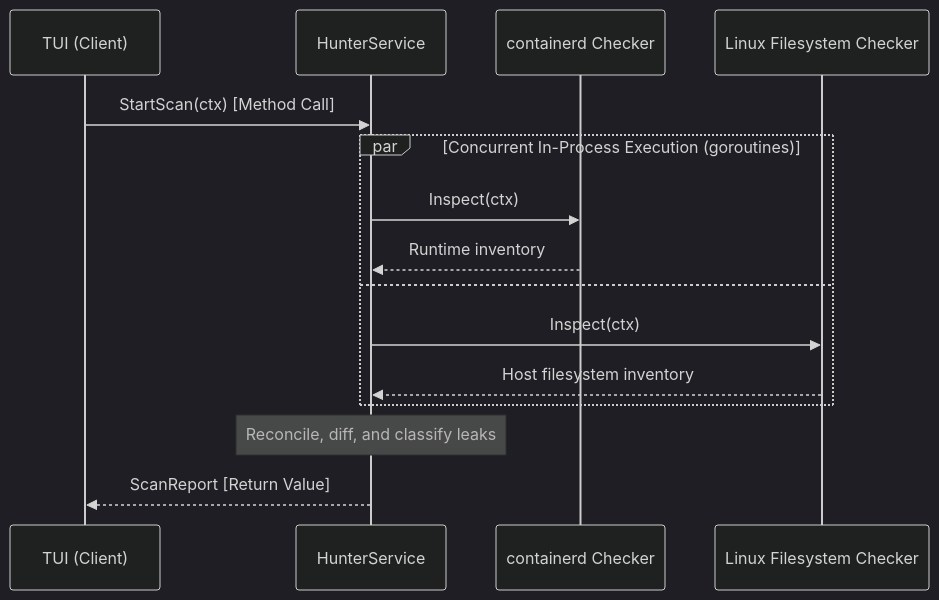
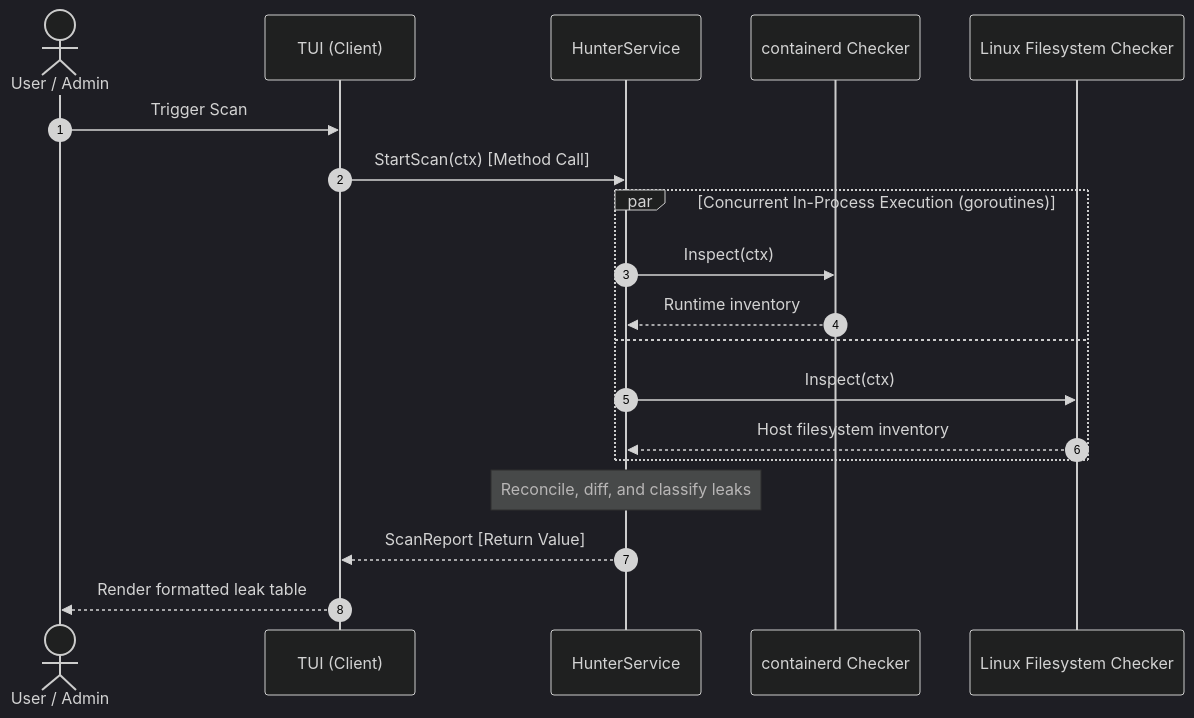
One commit to drumilbhati/container-hunter changed the second of 2 diagrams in docs/architecture.md. Above: the diagram before and after it, drawn with Mermaid (dark theme). The commit also changed other lines of this file, not shown here.

Commit message:
Enhance Architecture Diagrams with Styling and Flow Details

````diff
--- a/docs/architecture.md
+++ b/docs/architecture.md
@@ -50,18 +63,22 @@
 ```mermaid
 sequenceDiagram
+    autonumber
+    actor User as User / Admin
     participant TUI as TUI (Client)
     participant HS as HunterService
     participant CC as containerd Checker
     participant FC as Linux Filesystem Checker
 
+    User->>TUI: Trigger Scan
     TUI->>HS: StartScan(ctx) [Method Call]
     par Concurrent In-Process Execution (goroutines)
         HS->>CC: Inspect(ctx)
         CC-->>HS: Runtime inventory
     and
         HS->>FC: Inspect(ctx)
         FC-->>HS: Host filesystem inventory
     end
     Note over HS: Reconcile, diff, and classify leaks
     HS-->>TUI: ScanReport [Return Value]
+    TUI-->>User: Render formatted leak table
 ```
````
